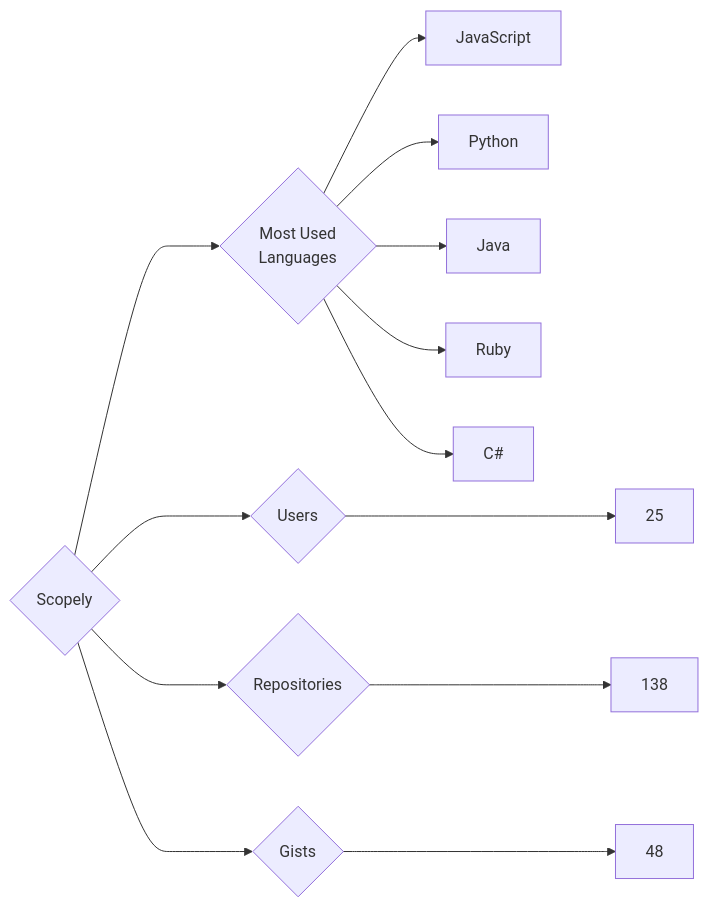
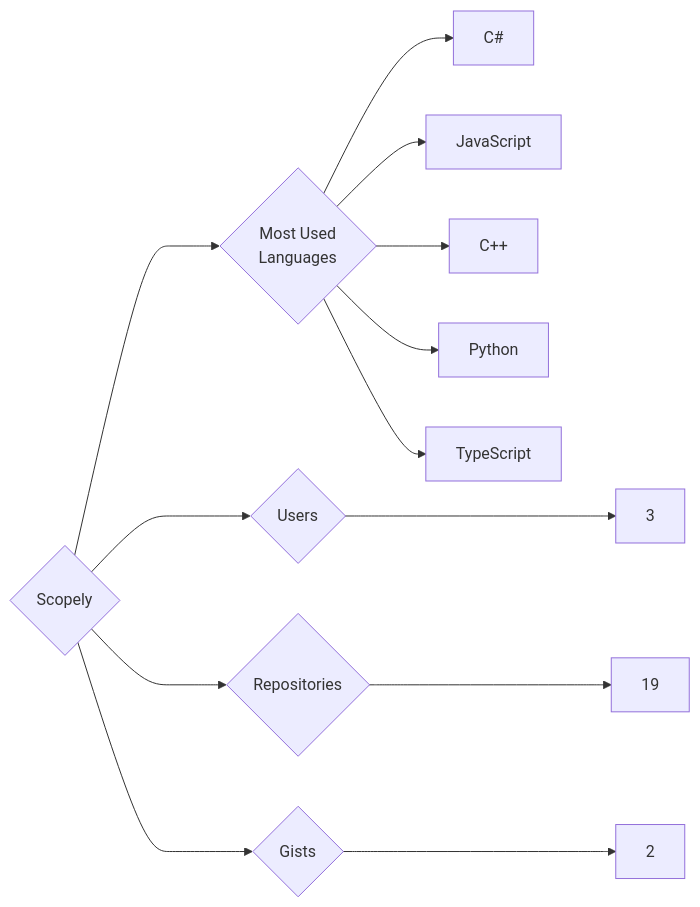
Before and after one commit to trickest/insiders: the diagram in targets/Scopely/README.md, drawn with Mermaid. The commit also changed 835 other files, not shown here.

````diff
--- a/targets/Scopely/README.md
+++ b/targets/Scopely/README.md
@@ -3,13 +3,13 @@
 ```mermaid
 graph LR
 COMPANY_NAME{Scopely}
-COMPANY_NAME ---> U{Users} ---> UN[25]
-COMPANY_NAME ---> R{Repositories} ---> RN[138]
-COMPANY_NAME ---> G{Gists} ---> GN[48]
+COMPANY_NAME ---> U{Users} ---> UN[3]
+COMPANY_NAME ---> R{Repositories} ---> RN[19]
+COMPANY_NAME ---> G{Gists} ---> GN[2]
 COMPANY_NAME ---> ML{Most Used<br>Languages}
+ML --> C#[C#]
 ML --> JavaScript[JavaScript]
+ML --> C++[C++]
 ML --> Python[Python]
-ML --> Java[Java]
-ML --> Ruby[Ruby]
-ML --> C#[C#]
+ML --> TypeScript[TypeScript]
 ```
````
